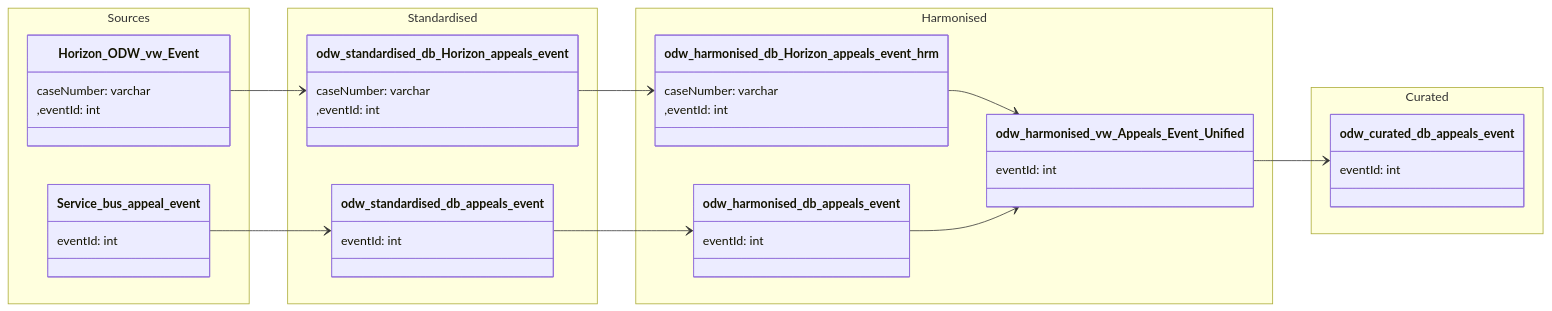
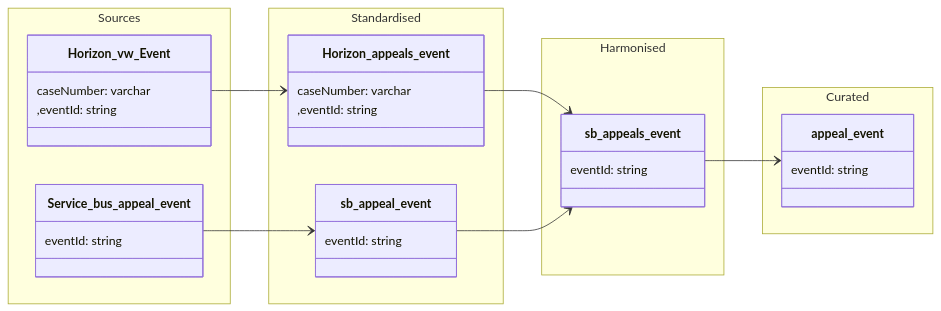
The diagram in data-models/appeal-event.md (Planning-Inspectorate/odw-synapse-workspace), drawn with Mermaid before and after one commit. The commit also changed 13 other files, not shown here.

First line of the commit message:
Feat/odw 1151 appeals events entity (#1255)

````diff
--- a/data-models/appeal-event.md
+++ b/data-models/appeal-event.md
@@ -7,66 +7,55 @@
 ```mermaid
 
 classDiagram
 
     direction LR
 
     namespace Sources {
 
-        class Horizon_ODW_vw_Event {
+        class Horizon_vw_Event {
             caseNumber: varchar
-            ,eventId: int
+            ,eventId: string
         }
 
         class Service_bus_appeal_event  {
-            eventId: int
+            eventId: string
         }
     }
 
     namespace Standardised {
 
-        class odw_standardised_db_Horizon_appeals_event {
+        class Horizon_appeals_event {
             caseNumber: varchar
-            ,eventId: int
+            ,eventId: string
         }
 
-        class odw_standardised_db_appeals_event  {
-            eventId: int
+        class sb_appeal_event  {
+            eventId: string
         }
     }
 
     namespace Harmonised {
 
-        class odw_harmonised_db_Horizon_appeals_event_hrm {
-            caseNumber: varchar
-            ,eventId: int
-        }
-
-        class odw_harmonised_db_appeals_event  {
-            eventId: int
-        }
-
-        class odw_harmonised_vw_Appeals_Event_Unified  {
-            eventId: int
+        class sb_appeals_event  {
+            eventId: string
         }
     }
 
     namespace Curated {
 
-        class odw_curated_db_appeals_event {
-            eventId: int
+        class appeal_event {
+            eventId: string
         }
     }
 
-`Horizon_ODW_vw_Event` --> `odw_standardised_db_Horizon_appeals_event`
-`Service_bus_appeal_event` --> `odw_standardised_db_appeals_event`
+`Horizon_vw_Event` --> `Horizon_appeals_event`
+`Service_bus_appeal_event` --> `sb_appeal_event`
 
-`odw_standardised_db_Horizon_appeals_event` --> `odw_harmonised_db_Horizon_appeals_event_hrm` 
-`odw_standardised_db_appeals_event` --> `odw_harmonised_db_appeals_event`
+`Horizon_appeals_event` --> `sb_appeals_event` 
+`sb_appeal_event` --> `sb_appeals_event`
 
 
 
-`odw_harmonised_db_Horizon_appeals_event_hrm` --> `odw_harmonised_vw_Appeals_Event_Unified`
-`odw_harmonised_db_appeals_event` --> `odw_harmonised_vw_Appeals_Event_Unified`
-`odw_harmonised_vw_Appeals_Event_Unified` --> `odw_curated_db_appeals_event`
+`sb_appeals_event` --> `appeal_event`
 
 ```
````
